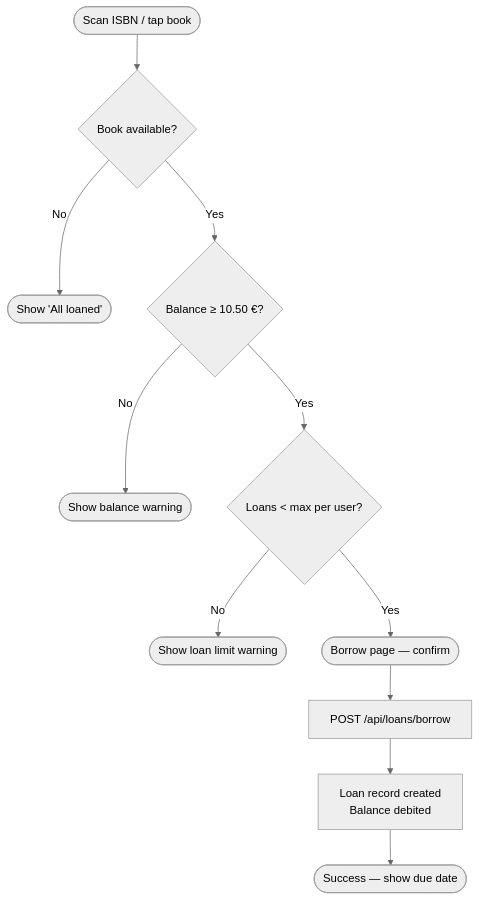
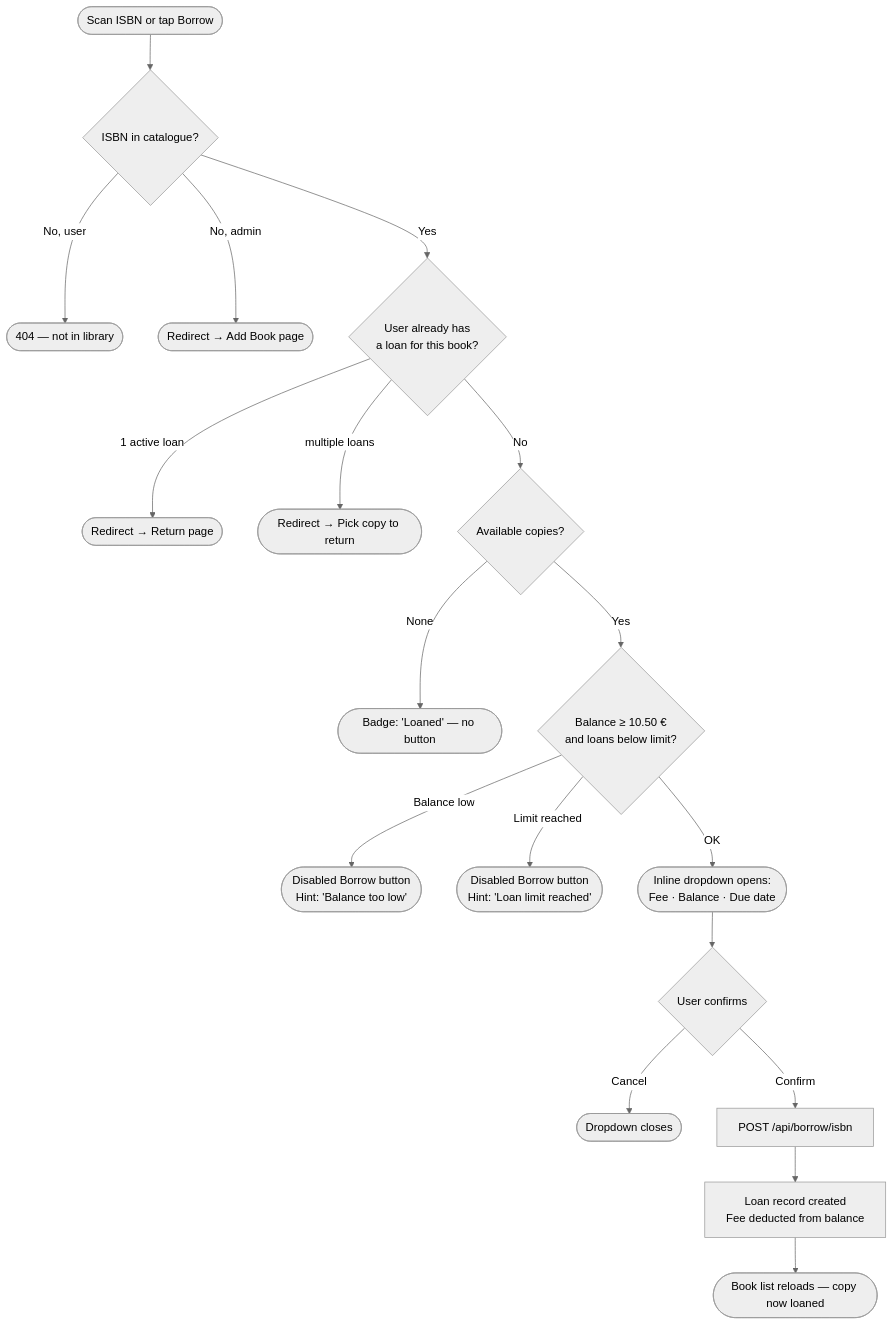
Before and after one commit to 01msmr/mangashelf: the third of 3 diagrams in README.md, drawn with Mermaid (neutral theme). The commit also changed other lines of this file and 15 other files, not shown here.

````diff
--- a/README.md
+++ b/README.md
@@ -154,13 +176,20 @@
 ```mermaid
 flowchart TD
-    A([Scan ISBN / tap book]) --> B{Book available?}
-    B -- No --> Z([Show 'All loaned'])
-    B -- Yes --> C{Balance ≥ 10.50 €?}
-    C -- No --> Y([Show balance warning])
-    C -- Yes --> D{Loans < max per user?}
-    D -- No --> X([Show loan limit warning])
-    D -- Yes --> E([Borrow page — confirm])
-    E --> F[POST /api/loans/borrow]
-    F --> G[Loan record created\nBalance debited]
-    G --> H([Success — show due date])
+    A([Scan ISBN or tap Borrow]) --> B{ISBN in catalogue?}
+    B -- No, user --> E1([404 — not in library])
+    B -- No, admin --> E2([Redirect → Add Book page])
+    B -- Yes --> C{User already has\na loan for this book?}
+    C -- 1 active loan --> R1([Redirect → Return page])
+    C -- multiple loans --> R2([Redirect → Pick copy to return])
+    C -- No --> D{Available copies?}
+    D -- None --> Z([Badge: 'Loaned' — no button])
+    D -- Yes --> EL{Balance ≥ 10.50 €\nand loans below limit?}
+    EL -- Balance low --> Y([Disabled Borrow button\nHint: 'Balance too low'])
+    EL -- Limit reached --> X([Disabled Borrow button\nHint: 'Loan limit reached'])
+    EL -- OK --> G([Inline dropdown opens:\nFee · Balance · Due date])
+    G --> H{User confirms}
+    H -- Cancel --> G2([Dropdown closes])
+    H -- Confirm --> I[POST /api/borrow/isbn]
+    I --> J[Loan record created\nFee deducted from balance]
+    J --> K([Book list reloads — copy now loaned])
 ```
````
